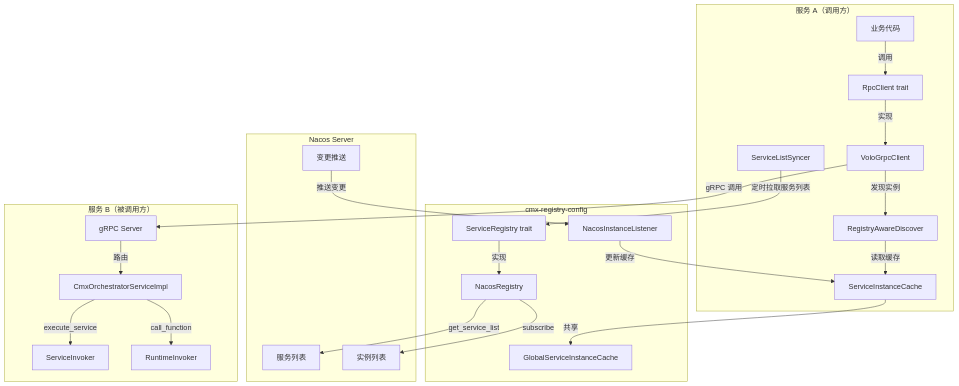
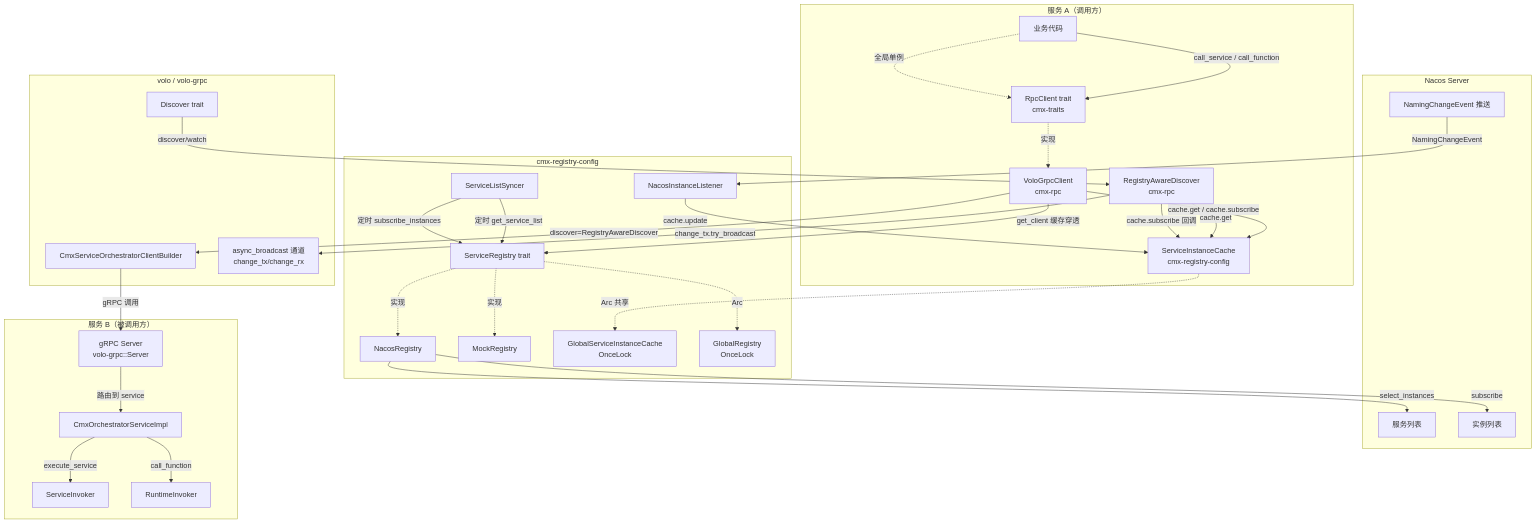
Before and after one commit to warpdrivelabs/cmx-container: the first of 11 diagrams in .trae/documents/RPC架构流程详解.md, drawn with Mermaid. The commit also changed other lines of this file and 2 other files, not shown here.

````diff
--- a/.trae/documents/RPC架构流程详解.md
+++ b/.trae/documents/RPC架构流程详解.md
@@ -10,48 +15,68 @@
 ```mermaid
 graph TB
     subgraph "服务 A（调用方）"
         A1[业务代码]
-        A2[RpcClient trait]
-        A3[VoloGrpcClient]
-        A4[RegistryAwareDiscover]
-        A5[ServiceInstanceCache]
-        A6[ServiceListSyncer]
+        A2[RpcClient trait<br/>cmx-traits]
+        A3[VoloGrpcClient<br/>cmx-rpc]
+        A4[RegistryAwareDiscover<br/>cmx-rpc]
+        A5[ServiceInstanceCache<br/>cmx-registry-config]
     end
 
     subgraph "cmx-registry-config"
         B1[ServiceRegistry trait]
         B2[NacosRegistry]
         B3[NacosInstanceListener]
-        B4[GlobalServiceInstanceCache]
+        B4[MockRegistry]
+        B5[GlobalServiceInstanceCache<br/>OnceLock]
+        B6[GlobalRegistry<br/>OnceLock]
+        B7[ServiceListSyncer]
     end
 
     subgraph "Nacos Server"
         C1[服务列表]
         C2[实例列表]
-        C3[变更推送]
+        C3[NamingChangeEvent 推送]
+    end
+
+    subgraph "volo / volo-grpc"
+        D1[CmxServiceOrchestratorClientBuilder]
+        D2[Discover trait]
+        D3[async_broadcast 通道<br/>change_tx/change_rx]
     end
 
     subgraph "服务 B（被调用方）"
-        D1[gRPC Server]
-        D2[CmxOrchestratorServiceImpl]
-        D3[ServiceInvoker]
-        D4[RuntimeInvoker]
+        E1[gRPC Server<br/>volo-grpc::Server]
+        E2[CmxOrchestratorServiceImpl]
+        E3[ServiceInvoker]
+        E4[RuntimeInvoker]
     end
 
-    A1 -->|调用| A2
-    A2 -->|实现| A3
-    A3 -->|发现实例| A4
-    A4 -->|读取缓存| A5
-    A5 -->|共享| B4
-    A6 -->|定时拉取服务列表| B1
-    B1 -->|实现| B2
-    B2 -->|get_service_list| C1
+    A1 -->|call_service / call_function| A2
+    A2 -.实现.-> A3
+    A3 -->|discover=RegistryAwareDiscover| D1
+    A3 -->|get_client 缓存穿透| B1
+    A1 -.全局单例.-> A2
+
+    A3 -->|cache.get / cache.subscribe| A5
+    A5 -.Arc 共享.-> B5
+    B1 -.Arc<dyn>.-> B6
+
+    A4 -->|cache.get| A5
+    A4 -->|cache.subscribe 回调| A5
+    A4 -->|change_tx.try_broadcast| D3
+    D2 -->|discover/watch| A4
+
+    B1 -.实现.-> B2
+    B1 -.实现.-> B4
+    B2 -->|select_instances| C1
     B2 -->|subscribe| C2
-    C3 -->|推送变更| B3
-    B3 -->|更新缓存| A5
+    C3 -->|NamingChangeEvent| B3
+    B3 -->|cache.update| A5
+    B7 -->|定时 get_service_list| B1
+    B7 -->|定时 subscribe_instances| B1
 
-    A3 -->|gRPC 调用| D1
-    D1 -->|路由| D2
-    D2 -->|execute_service| D3
-    D2 -->|call_function| D4
+    D1 -->|gRPC 调用| E1
+    E1 -->|路由到 service| E2
+    E2 -->|execute_service| E3
+    E2 -->|call_function| E4
 ```
````
